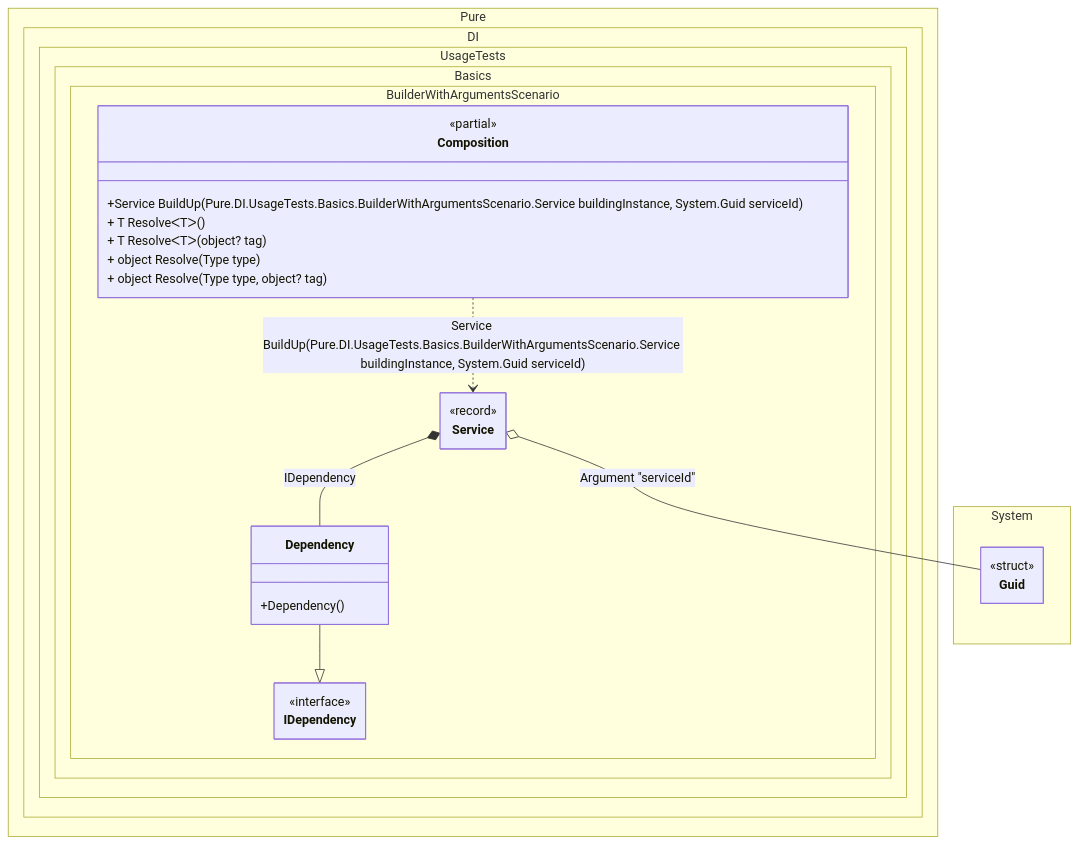
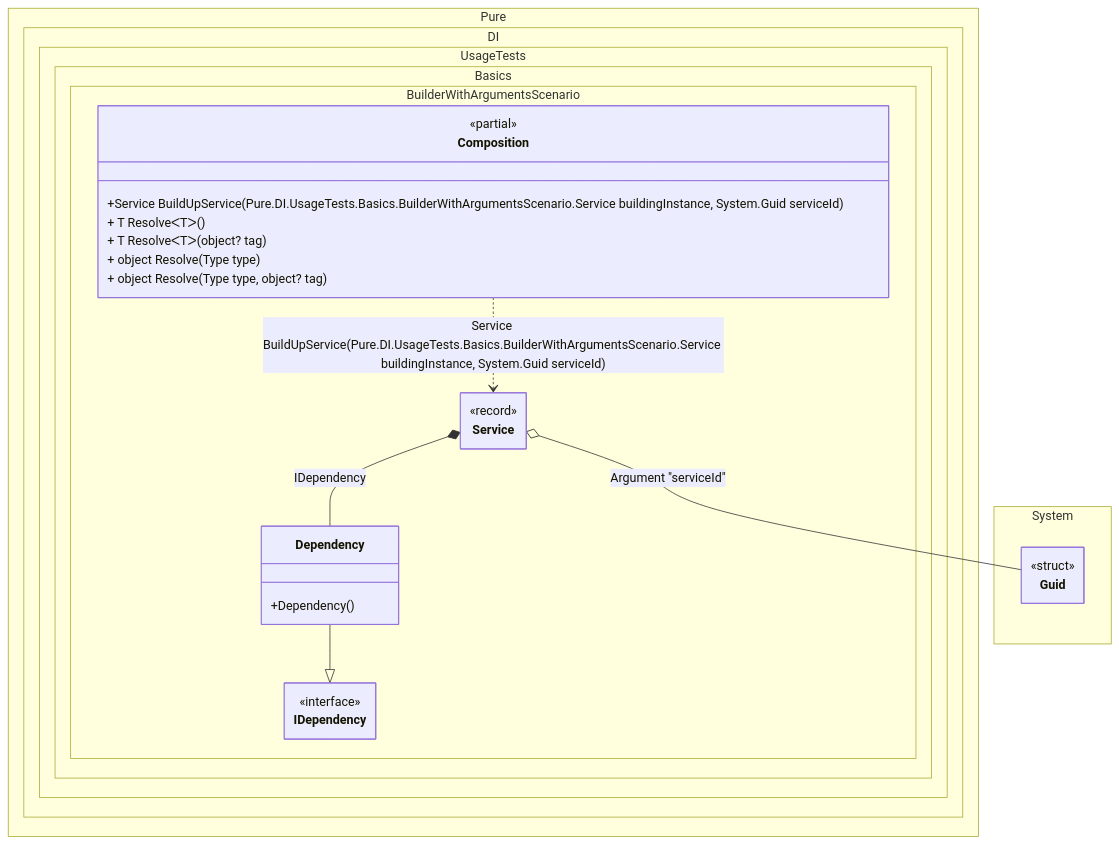
Before and after one commit to DevTeam/Pure.DI: the diagram in readme/builders-with-arguments.md, drawn with Mermaid. The commit also changed other lines of this file and 3 other files, not shown here.

````diff
--- a/readme/builders-with-arguments.md
+++ b/readme/builders-with-arguments.md
@@ -154,36 +153,36 @@
 ```mermaid
 ---
  config:
   class:
    hideEmptyMembersBox: true
 ---
 classDiagram
 	Dependency --|> IDependency
-	Composition ..> Service : Service BuildUp(Pure.DI.UsageTests.Basics.BuilderWithArgumentsScenario.Service buildingInstance, System.Guid serviceId)
+	Composition ..> Service : Service BuildUpService(Pure.DI.UsageTests.Basics.BuilderWithArgumentsScenario.Service buildingInstance, System.Guid serviceId)
 	Service *--  Dependency : IDependency
 	Service o-- Guid : Argument "serviceId"
 	namespace Pure.DI.UsageTests.Basics.BuilderWithArgumentsScenario {
 		class Composition {
 		<<partial>>
-		+Service BuildUp(Pure.DI.UsageTests.Basics.BuilderWithArgumentsScenario.Service buildingInstance, System.Guid serviceId)
+		+Service BuildUpService(Pure.DI.UsageTests.Basics.BuilderWithArgumentsScenario.Service buildingInstance, System.Guid serviceId)
 		+ T ResolveᐸTᐳ()
 		+ T ResolveᐸTᐳ(object? tag)
 		+ object Resolve(Type type)
 		+ object Resolve(Type type, object? tag)
 		}
 		class Dependency {
 			+Dependency()
 		}
 		class IDependency {
 			<<interface>>
 		}
 		class Service {
 			<<record>>
 		}
 	}
 	namespace System {
 		class Guid {
 				<<struct>>
 		}
 	}
 ```
````
